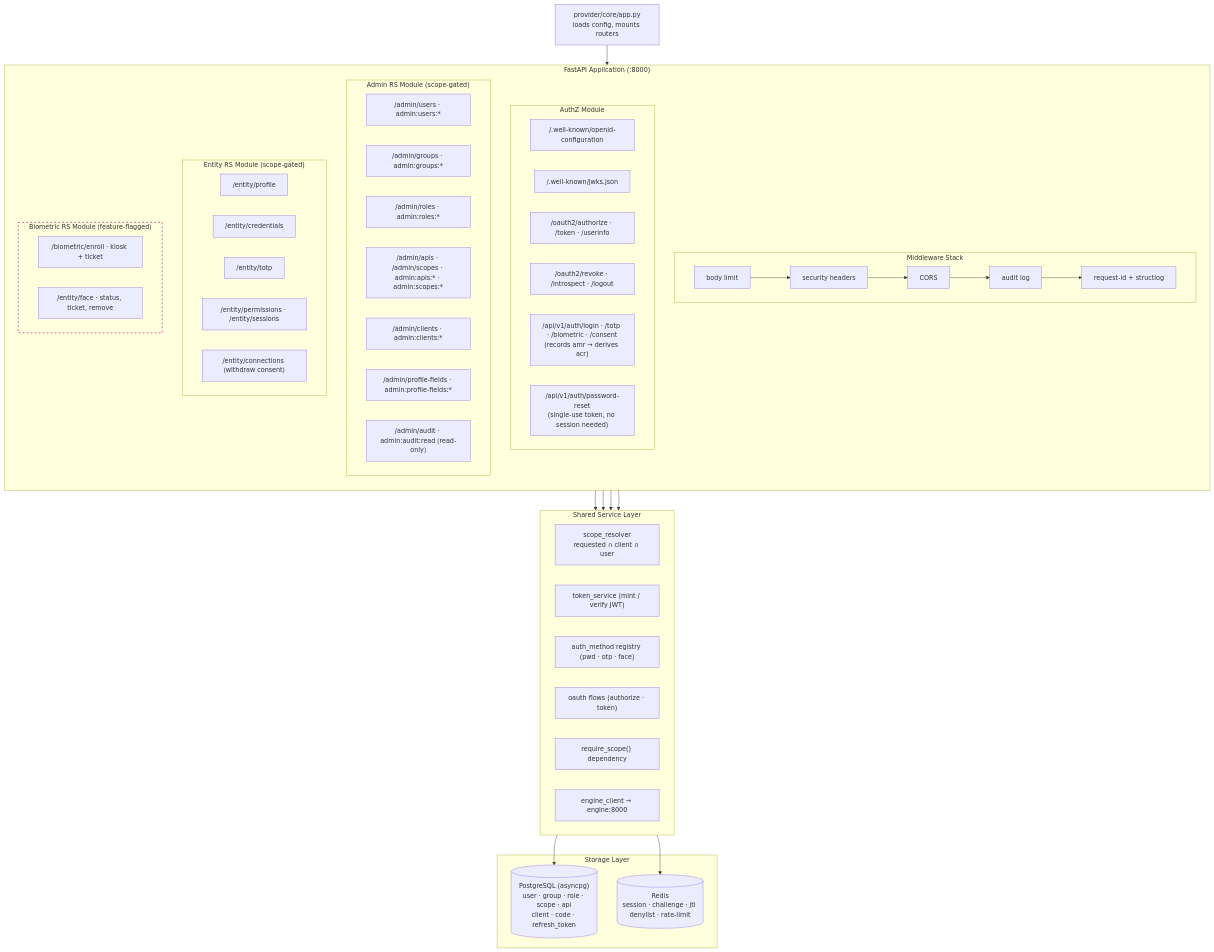
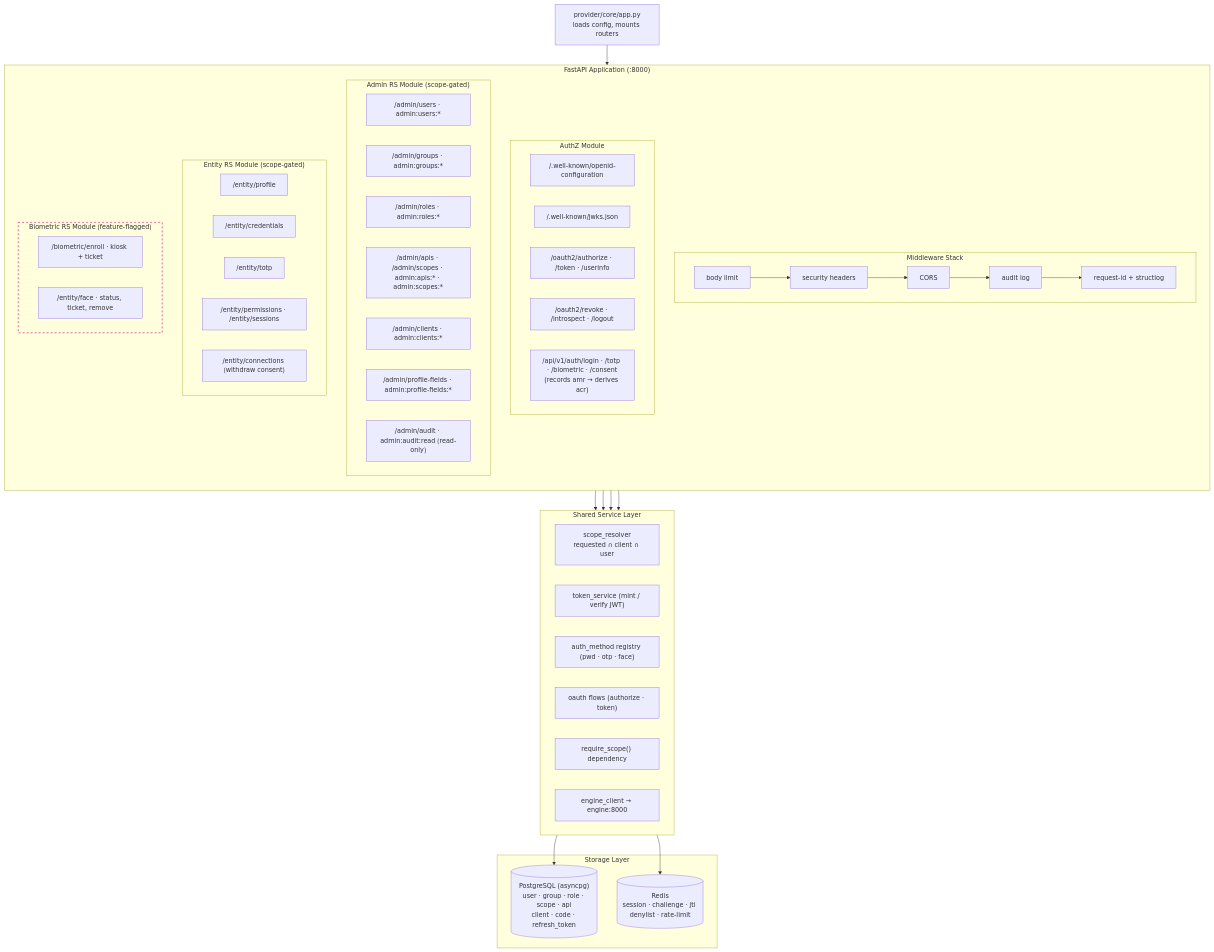
Before and after one commit to Project-IDEN/iden: the sixth of 7 diagrams in README.md, drawn with Mermaid. The commit also changed other lines of this file and 35 other files, not shown here.

````diff
--- a/README.md
+++ b/README.md
@@ -481,68 +481,67 @@
 ```mermaid
 flowchart TB
   Entry["provider/core/app.py<br/>loads config, mounts routers"]
 
   subgraph App["FastAPI Application (:8000)"]
     direction TB
 
     subgraph Middleware["Middleware Stack"]
       MW1["body limit"] --> MW2["security headers"] --> MW3["CORS"] --> MW4["audit log"] --> MW5["request-id + structlog"]
     end
 
     subgraph AuthZMod["AuthZ Module"]
       AZ1["/.well-known/openid-configuration"]
       AZ2["/.well-known/jwks.json"]
       AZ3["/oauth2/authorize · /token · /userinfo"]
       AZ4["/oauth2/revoke · /introspect · /logout"]
       AZ5["/api/v1/auth/login · /totp · /biometric · /consent<br/>(records amr → derives acr)"]
-      AZ6["/api/v1/auth/password-reset<br/>(single-use token, no session needed)"]
     end
 
     subgraph AdminMod["Admin RS Module (scope-gated)"]
       AD1["/admin/users · admin:users:*"]
       AD2["/admin/groups · admin:groups:*"]
       AD3["/admin/roles · admin:roles:*"]
       AD4["/admin/apis · /admin/scopes · admin:apis:* · admin:scopes:*"]
       AD5["/admin/clients · admin:clients:*"]
       AD6["/admin/profile-fields · admin:profile-fields:*"]
       AD7["/admin/audit · admin:audit:read ⟮read-only⟯"]
     end
 
     subgraph EntityMod["Entity RS Module (scope-gated)"]
       EN1["/entity/profile"]
       EN2["/entity/credentials"]
       EN3["/entity/totp"]
       EN4["/entity/permissions · /entity/sessions"]
       EN5["/entity/connections ⟮withdraw consent⟯"]
     end
 
     subgraph BioMod["Biometric RS Module ⟮feature-flagged⟯"]
       BI1["/biometric/enroll · kiosk + ticket"]
       BI2["/entity/face · status, ticket, remove"]
     end
   end
 
   subgraph Shared["Shared Service Layer"]
     SV1["scope_resolver<br/>requested ∩ client ∩ user"]
     SV2["token_service (mint / verify JWT)"]
     SV3["auth_method registry (pwd · otp · face)"]
     SV4["oauth flows (authorize · token)"]
     SV5["require_scope() dependency"]
     SV6["engine_client → engine:8000"]
   end
 
   subgraph Storage["Storage Layer"]
     PG[("PostgreSQL (asyncpg)<br/>user · group · role · scope · api<br/>client · code · refresh_token")]
     RD[("Redis<br/>session · challenge · jti denylist · rate-limit")]
   end
 
   Entry --> App
   AuthZMod --> Shared
   AdminMod --> Shared
   EntityMod --> Shared
   BioMod --> Shared
   Shared --> PG
   Shared --> RD
 
   style BioMod stroke:#d94a90,stroke-width:2px,stroke-dasharray: 5 5
 ```
````
